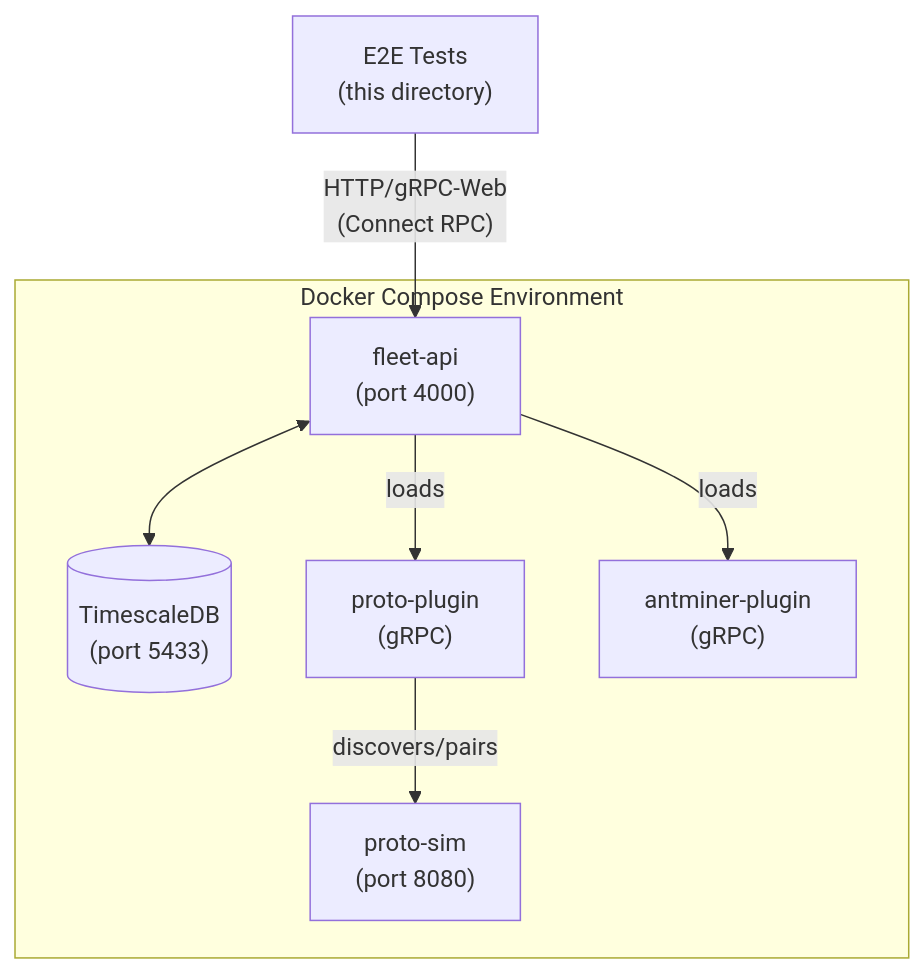
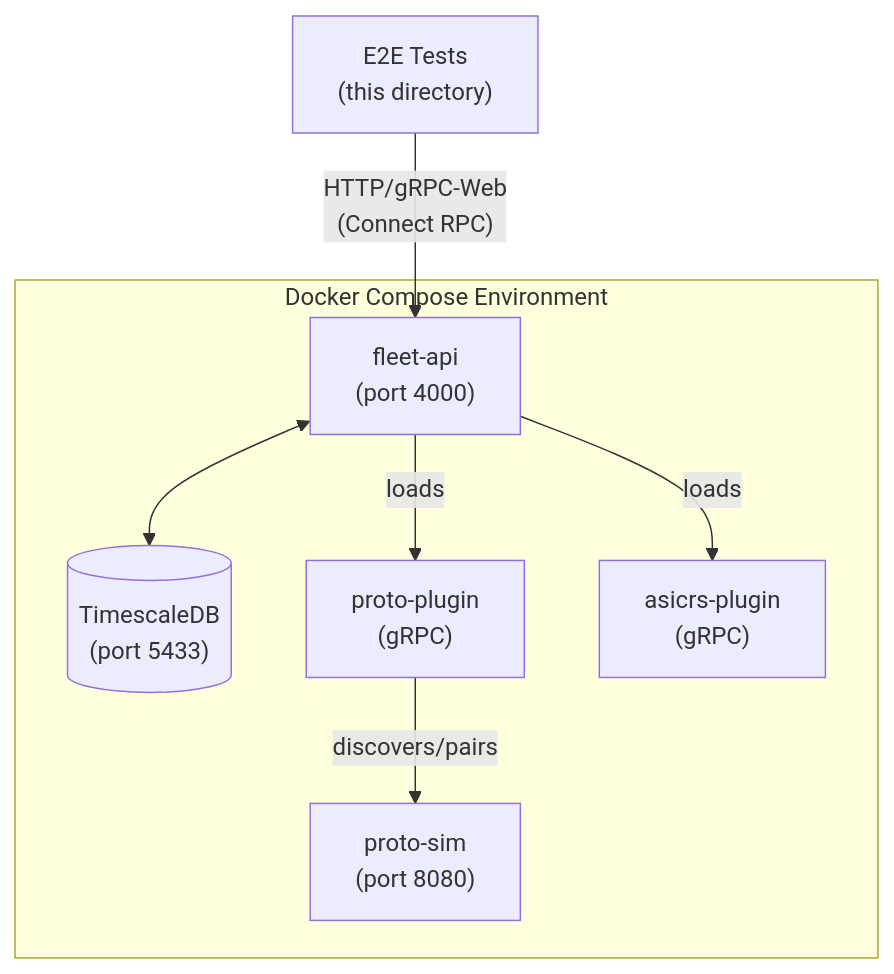
The diagram in server/e2e/README.md (block/proto-fleet), drawn with Mermaid before and after one commit. The commit also changed other lines of this file and 88 other files, not shown here.

Commit message:
Replace Antminer plugin with ASIC-RS

````diff
--- a/server/e2e/README.md
+++ b/server/e2e/README.md
@@ -28,18 +28,18 @@
 ```mermaid
 flowchart TB
     subgraph docker["Docker Compose Environment"]
         fleet["fleet-api<br/>(port 4000)"]
         db[("TimescaleDB<br/>(port 5433)")]
         proto-plugin["proto-plugin<br/>(gRPC)"]
-        antminer-plugin["antminer-plugin<br/>(gRPC)"]
+        asicrs-plugin["asicrs-plugin<br/>(gRPC)"]
         proto-sim["proto-sim<br/>(port 8080)"]
 
         fleet <--> db
         fleet -- loads --> proto-plugin
-        fleet -- loads --> antminer-plugin
+        fleet -- loads --> asicrs-plugin
         proto-plugin -- discovers/pairs --> proto-sim
     end
 
     tests["E2E Tests<br/>(this directory)"]
     tests -- "HTTP/gRPC-Web<br/>(Connect RPC)" --> fleet
 ```
````
